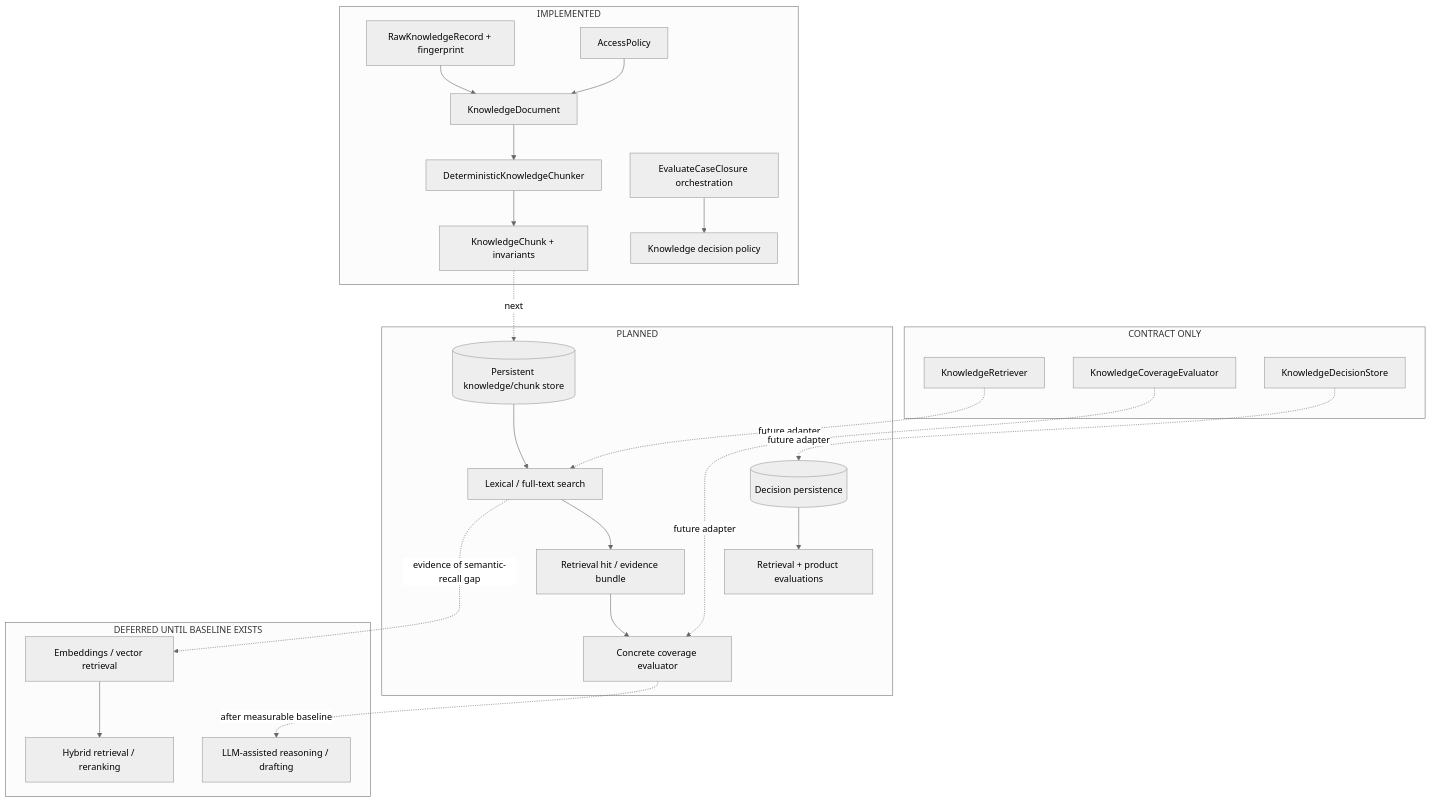
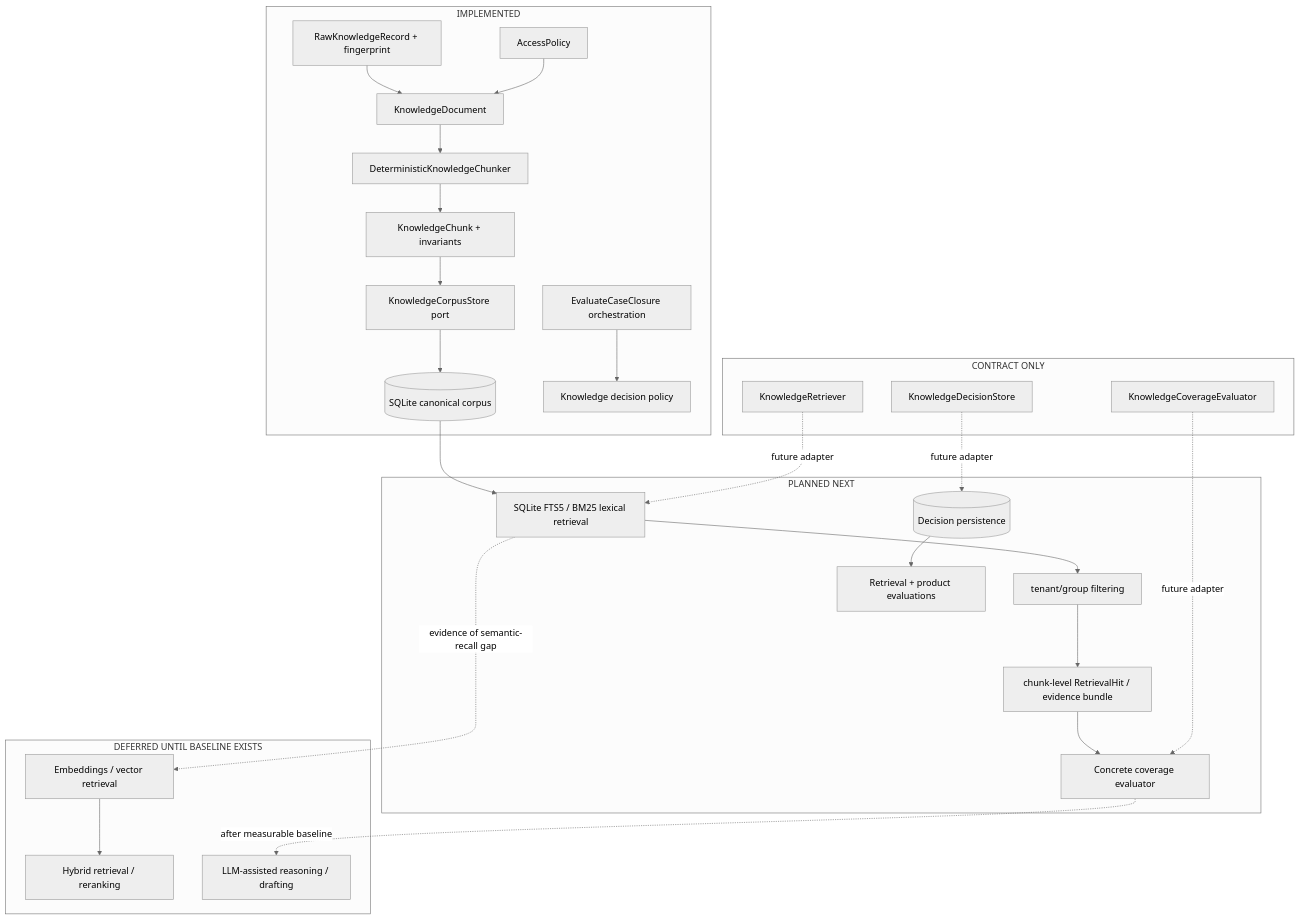
One commit to kumarchandansingh/tropos changed the second of 8 diagrams in docs/architecture/RAG_ARCHITECTURE.md. Above: the diagram before and after it, drawn with Mermaid (neutral theme). The commit also changed other lines of this file and 11 other files, not shown here.

Commit message:
feat: persist governed knowledge corpus in sqlite

````diff
--- a/docs/architecture/RAG_ARCHITECTURE.md
+++ b/docs/architecture/RAG_ARCHITECTURE.md
@@ -24,46 +24,47 @@
 ```mermaid
 flowchart TB
     subgraph Implemented[IMPLEMENTED]
       R1[RawKnowledgeRecord + fingerprint]
       AP[AccessPolicy]
       KD[KnowledgeDocument]
       CH[DeterministicKnowledgeChunker]
       KC[KnowledgeChunk + invariants]
+      PS[KnowledgeCorpusStore port]
+      SQ[(SQLite canonical corpus)]
       DI[Knowledge decision policy]
       OR[EvaluateCaseClosure orchestration]
-      R1 --> KD --> CH --> KC
+      R1 --> KD --> CH --> KC --> PS --> SQ
       AP --> KD
       OR --> DI
     end
 
     subgraph Contract[CONTRACT ONLY]
       RET[KnowledgeRetriever]
       COV[KnowledgeCoverageEvaluator]
       STORE[KnowledgeDecisionStore]
     end
 
-    subgraph Planned[PLANNED]
-      PS[(Persistent knowledge/chunk store)]
-      FTS[Lexical / full-text search]
-      HIT[Retrieval hit / evidence bundle]
+    subgraph Planned[PLANNED NEXT]
+      FTS[SQLite FTS5 / BM25 lexical retrieval]
+      ACL[tenant/group filtering]
+      HIT[chunk-level RetrievalHit / evidence bundle]
       CE[Concrete coverage evaluator]
       DS[(Decision persistence)]
       EV[Retrieval + product evaluations]
-      PS --> FTS --> HIT --> CE
+      SQ --> FTS --> ACL --> HIT --> CE
       DS --> EV
     end
 
     subgraph Deferred[DEFERRED UNTIL BASELINE EXISTS]
       EMB[Embeddings / vector retrieval]
       HYB[Hybrid retrieval / reranking]
       LLM[LLM-assisted reasoning / drafting]
     end
 
-    KC -. next .-> PS
     RET -. future adapter .-> FTS
     COV -. future adapter .-> CE
     STORE -. future adapter .-> DS
     FTS -. evidence of semantic-recall gap .-> EMB
     EMB --> HYB
     CE -. after measurable baseline .-> LLM
 ```
````
